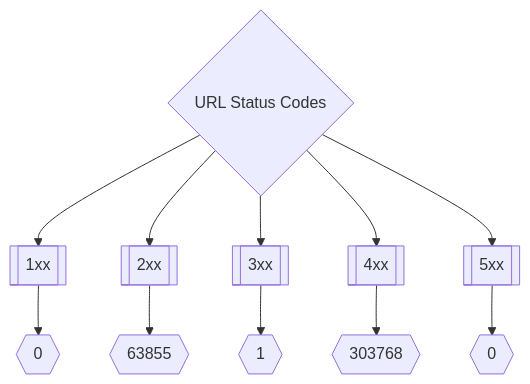
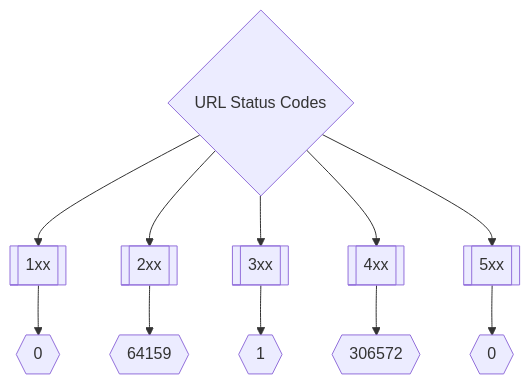
The second of 3 diagrams in README.md (trickest/inventory), drawn with Mermaid before and after one commit. The commit also changed other lines of this file, not shown here.

Commit message:
Update Fri Apr 22 13:59:48 UTC 2022

````diff
--- a/README.md
+++ b/README.md
@@ -173,8 +173,8 @@
 ```mermaid
 graph TD
 title{URL Status Codes} --> 1xx[[1xx]] --> status1xxNum{{0}}
-title --> 2xx[[2xx]] --> status2xxNum{{63855}}
+title --> 2xx[[2xx]] --> status2xxNum{{64159}}
 title --> 3xx[[3xx]] --> status3xxNum{{1}}
-title --> 4xx[[4xx]] --> status4xxNum{{303768}}
+title --> 4xx[[4xx]] --> status4xxNum{{306572}}
 title --> 5xx[[5xx]] --> status5xxNum{{0}}
 ```
````
